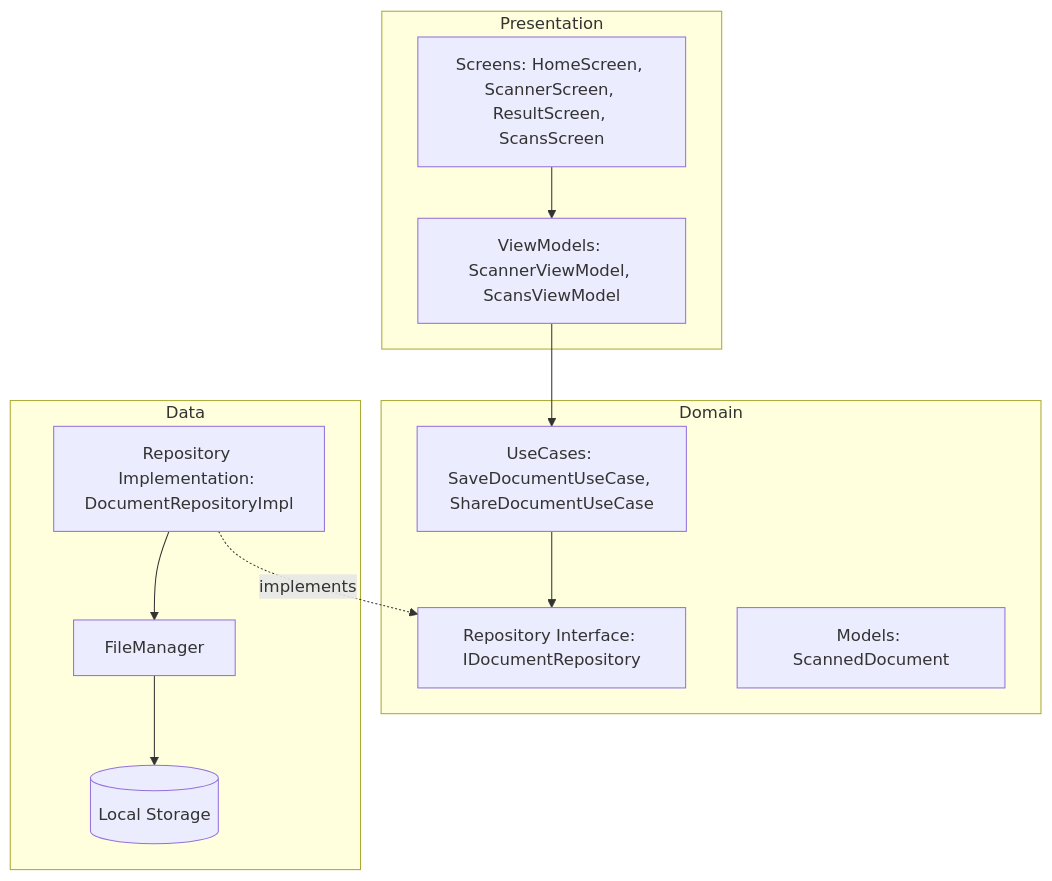
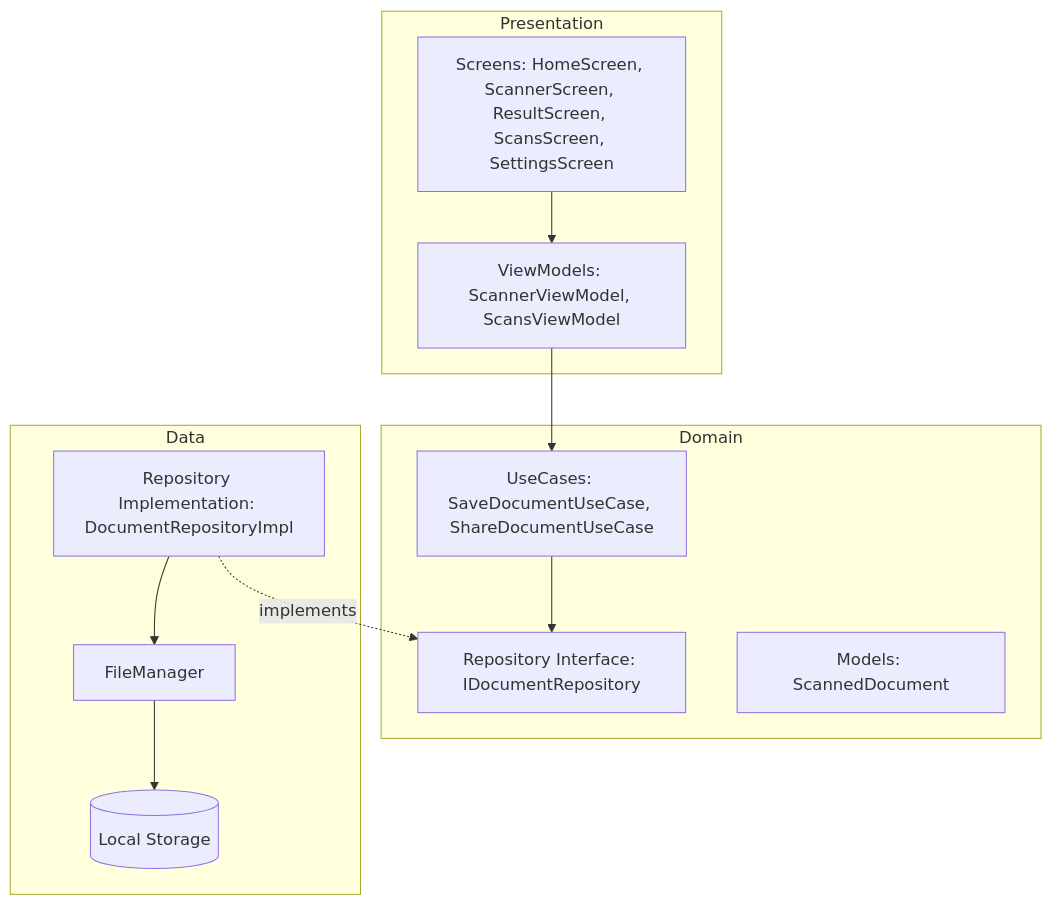
The diagram in docs/01-overview.md (CorsiDanilo/Simple-Document-Scanner), drawn with Mermaid before and after one commit. The commit also changed other lines of this file and 9 other files, not shown here.

````diff
--- a/docs/01-overview.md
+++ b/docs/01-overview.md
@@ -37,26 +38,26 @@
 ```mermaid
 graph TD
     subgraph Presentation
-        UI[Screens: HomeScreen, ScannerScreen, ResultScreen, ScansScreen]
+        UI[Screens: HomeScreen, ScannerScreen, ResultScreen, ScansScreen, SettingsScreen]
         VM[ViewModels: ScannerViewModel, ScansViewModel]
     end
 
     subgraph Domain
         UC[UseCases: SaveDocumentUseCase, ShareDocumentUseCase]
         RepoInt[Repository Interface: IDocumentRepository]
         Model[Models: ScannedDocument]
     end
 
     subgraph Data
         RepoImpl[Repository Implementation: DocumentRepositoryImpl]
         FM[FileManager]
         Storage[(Local Storage)]
     end
 
     UI --> VM
     VM --> UC
     UC --> RepoInt
     RepoImpl -. implements .-> RepoInt
     RepoImpl --> FM
     FM --> Storage
 ```
````
